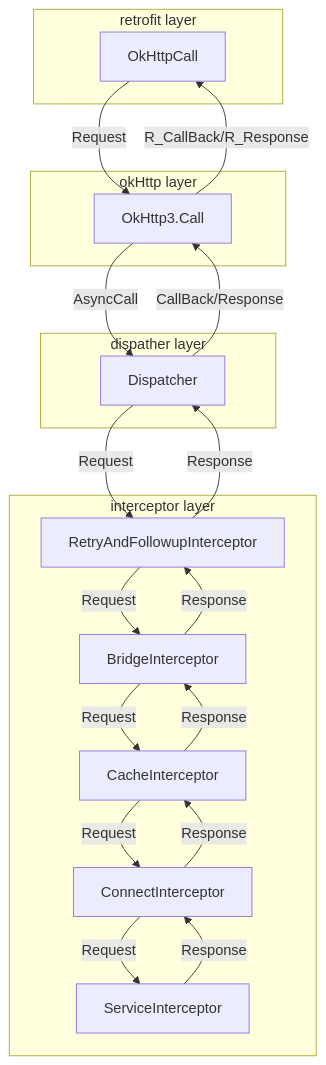
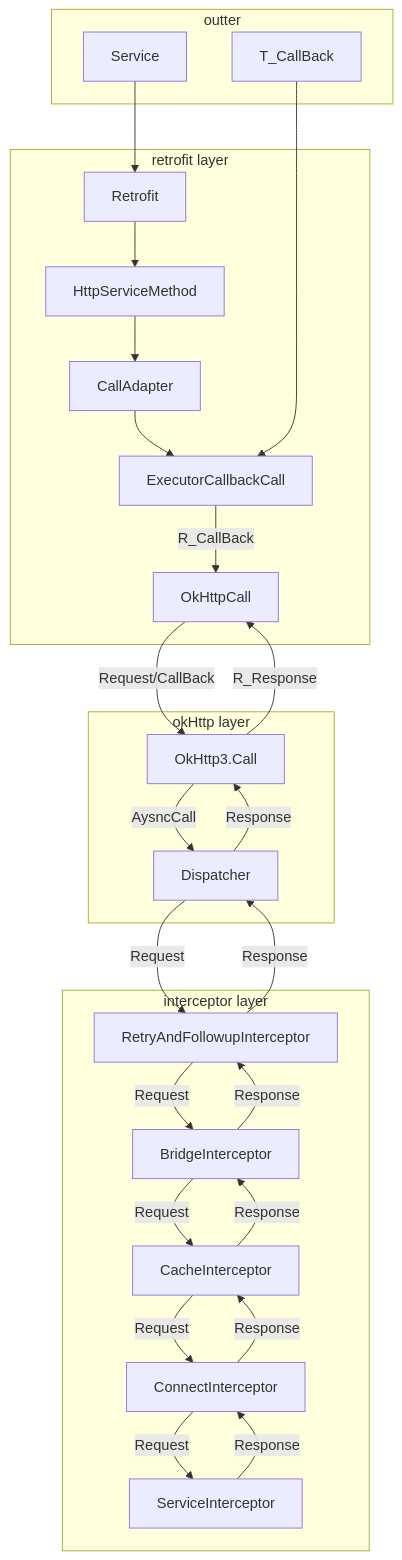
The diagram in 202202190_android_retrofit.md (xujianhuaap/books), drawn with Mermaid before and after one commit. The commit also changed other lines of this file, not shown here.

Commit message:
feature:retrofit layer explain

````diff
--- a/202202190_android_retrofit.md
+++ b/202202190_android_retrofit.md
@@ -3,28 +5,56 @@
 ```mermaid
-graph TD
+graph TB
+
+
+
+
+subgraph outter
+T_CallBack
+Service
+end
 
 subgraph retrofit layer
-OkHttpCall  
+Retrofit -->
+HttpServiceMethod --> 
+CallAdapter -->
+ExecutorCallbackCall--R_CallBack-->
+OkHttpCall
+  
 end
 
 subgraph okHttp layer
+OkHttp3.Call --AysncCall-->
+Dispatcher --Response-->
 OkHttp3.Call
 end
 
-subgraph dispather layer
-Dispatcher
+
+subgraph interceptor layer
+RetryAndFollowupInterceptor  --Request-->
+ BridgeInterceptor--Request--> 
+ CacheInterceptor --Request--> 
+ ConnectInterceptor --Request--> 
+ ServiceInterceptor
+ 
+ServiceInterceptor --Response--> 
+ConnectInterceptor --Response -->
+ CacheInterceptor --Response-->
+ BridgeInterceptor --Response-->
+ RetryAndFollowupInterceptor
 end
 
-subgraph interceptor layer
-RetryAndFollowupInterceptor  --Request--> BridgeInterceptor
- --Request--> CacheInterceptor --Request--> ConnectInterceptor --Request--> ServiceInterceptor
- 
-ServiceInterceptor --Response--> ConnectInterceptor --Response --> CacheInterceptor
---Response-->BridgeInterceptor --Response-->RetryAndFollowupInterceptor
-end
+T_CallBack --> ExecutorCallbackCall
+Service --> Retrofit
 
-OkHttpCall --Request--> OkHttp3.Call --AsyncCall--> Dispatcher --Request--> RetryAndFollowupInterceptor
 
-RetryAndFollowupInterceptor --Response--> Dispatcher --CallBack/Response--> OkHttp3.Call
---R_CallBack/R_Response-->OkHttpCall
+OkHttpCall --Request/CallBack--> OkHttp3.Call 
+Dispatcher --Request--> RetryAndFollowupInterceptor
+
+RetryAndFollowupInterceptor --Response--> Dispatcher 
+OkHttp3.Call--R_Response-->OkHttpCall
+
+
+
+
+
 ```
````
